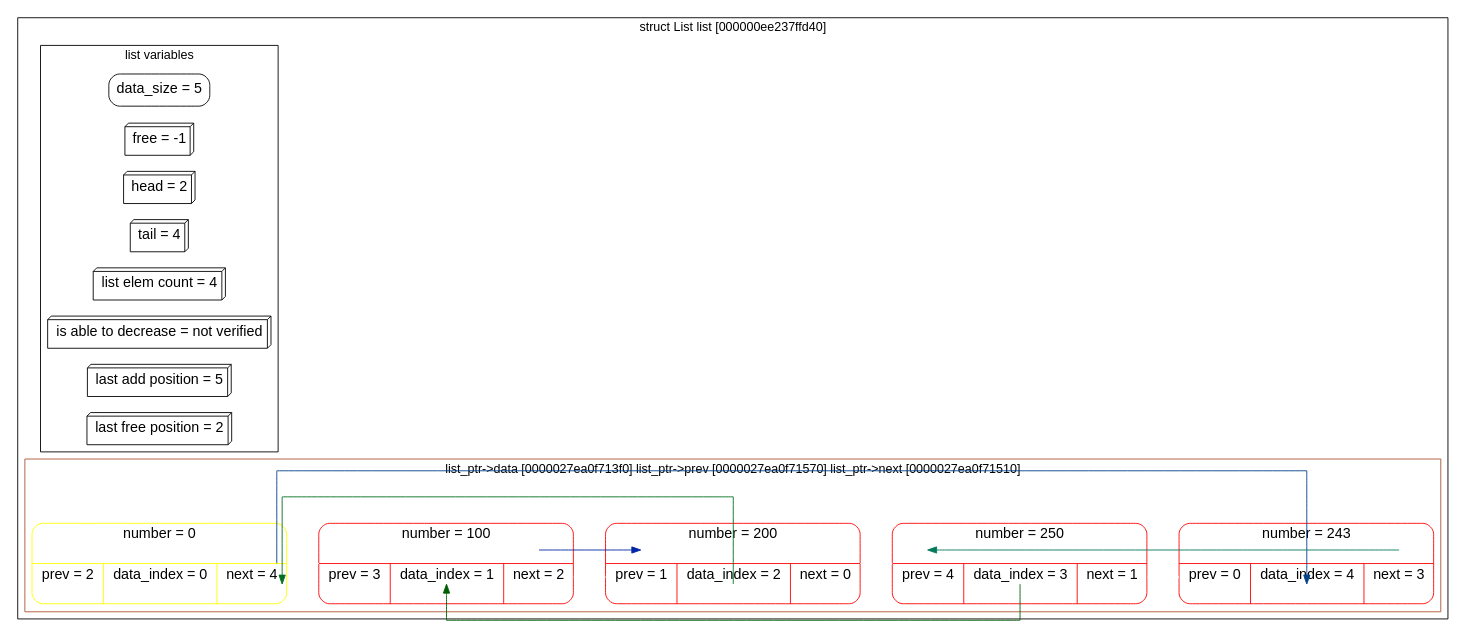
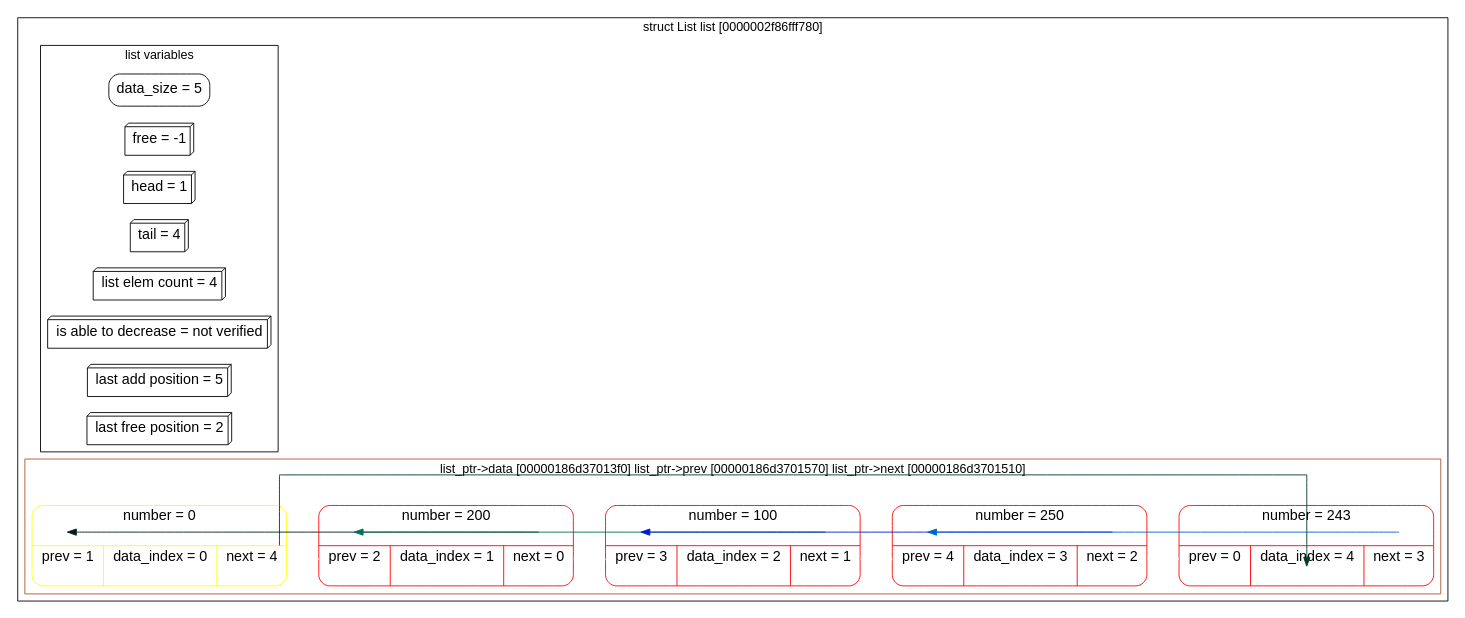
The diagram in graph/test.dot (TimofeiMenshikov/list), drawn with Graphviz before and after one commit. The commit also changed 12 other files, not shown here.

```diff
--- a/graph/test.dot
+++ b/graph/test.dot
@@ -1,31 +1,31 @@
 digraph G {
 rankdir = "LR";
 graph [splines=ortho];
 subgraph cluster0 {
-label = "struct List list [000000ee237ffd40]";fontname="Helvetica,Arial,sans-serif";
+label = "struct List list [0000002f86fff780]";fontname="Helvetica,Arial,sans-serif";
 node [fontname="Helvetica,Arial,sans-serif" fontsize = "16" ];
 edge [fontname="Helvetica,Arial,sans-serif"];
 subgraph cluster1 {
 rankdir = "TB";
 label = "list variables"data_size [shape="Mrecord", label ="data_size = 5"]
 free [shape=box3d, label="free = -1"];
-head [shape=box3d, label="head = 2"];
+head [shape=box3d, label="head = 1"];
 tail [shape=box3d, label="tail = 4"];
 list_elem_count [shape=box3d, label="list elem count = 4"];
 is_able_to_decrease[shape= box3d, label = "is able to decrease = not verified"];
 last_add_position[shape=box3d, label="last add position = 5"];
 last_free_position [shape=box3d, label="last free position = 2"];
 }
 subgraph cluster2 {
-color = "#AA5533"label = "list_ptr->data [0000027ea0f713f0] list_ptr->prev [0000027ea0f71570] list_ptr->next [0000027ea0f71510]";"node0" [ label = " <f1>  number =      0\n\n | {<f0>  prev = 2 \n\n | <f4> data_index = 0 \n\n | <f2> next  = 4 \n\n }" shape = "Mrecord", color="Yellow"];
-"node1" [ label = " <f1> number =    100\n\n | {<f0>  prev = 3 \n\n | <f4> data_index = 1 \n\n | <f2> next  = 2 \n\n }" shape = "Mrecord", color="Red"];
-"node2" [ label = " <f1> number =    200\n\n | {<f0>  prev = 1 \n\n | <f4> data_index = 2 \n\n | <f2> next  = 0 \n\n }" shape = "Mrecord", color="Red"];
-"node3" [ label = " <f1> number =    250\n\n | {<f0>  prev = 4 \n\n | <f4> data_index = 3 \n\n | <f2> next  = 1 \n\n }" shape = "Mrecord", color="Red"];
+color = "#AA5533"label = "list_ptr->data [00000186d37013f0] list_ptr->prev [00000186d3701570] list_ptr->next [00000186d3701510]";"node0" [ label = " <f1>  number =      0\n\n | {<f0>  prev = 1 \n\n | <f4> data_index = 0 \n\n | <f2> next  = 4 \n\n }" shape = "Mrecord", color="Yellow"];
+"node1" [ label = " <f1> number =    200\n\n | {<f0>  prev = 2 \n\n | <f4> data_index = 1 \n\n | <f2> next  = 0 \n\n }" shape = "Mrecord", color="Red"];
+"node2" [ label = " <f1> number =    100\n\n | {<f0>  prev = 3 \n\n | <f4> data_index = 2 \n\n | <f2> next  = 1 \n\n }" shape = "Mrecord", color="Red"];
+"node3" [ label = " <f1> number =    250\n\n | {<f0>  prev = 4 \n\n | <f4> data_index = 3 \n\n | <f2> next  = 2 \n\n }" shape = "Mrecord", color="Red"];
 "node4" [ label = " <f1> number =    243\n\n | {<f0>  prev = 0 \n\n | <f4> data_index = 4 \n\n | <f2> next  = 3 \n\n }" shape = "Mrecord", color="Red"];
 node0->node1->node2->node3->node4[weight = 10000, color = "White"]
-"node0":f2 -> "node4":f0 [id = 10, color="#00428B", constraint = false, splines = polyline];
-"node1":f2 -> "node2":f0 [id = 11, color="#0026A6", constraint = false, splines = polyline];
-"node2":f2 -> "node0":f0 [id = 12, color="#00701F", constraint = false, splines = polyline];
-"node3":f2 -> "node1":f0 [id = 13, color="#005D03", constraint = false, splines = polyline];
-"node4":f2 -> "node3":f0 [id = 14, color="#007A5A", constraint = false, splines = polyline];
+"node0":f2 -> "node4":f0 [id = 10, color="#003B25", constraint = false, splines = polyline];
+"node1":f2 -> "node0":f0 [id = 11, color="#001E1F", constraint = false, splines = polyline];
+"node2":f2 -> "node1":f0 [id = 12, color="#006E5D", constraint = false, splines = polyline];
+"node3":f2 -> "node2":f0 [id = 13, color="#001AD4", constraint = false, splines = polyline];
+"node4":f2 -> "node3":f0 [id = 14, color="#0063CB", constraint = false, splines = polyline];
 } } }
```
